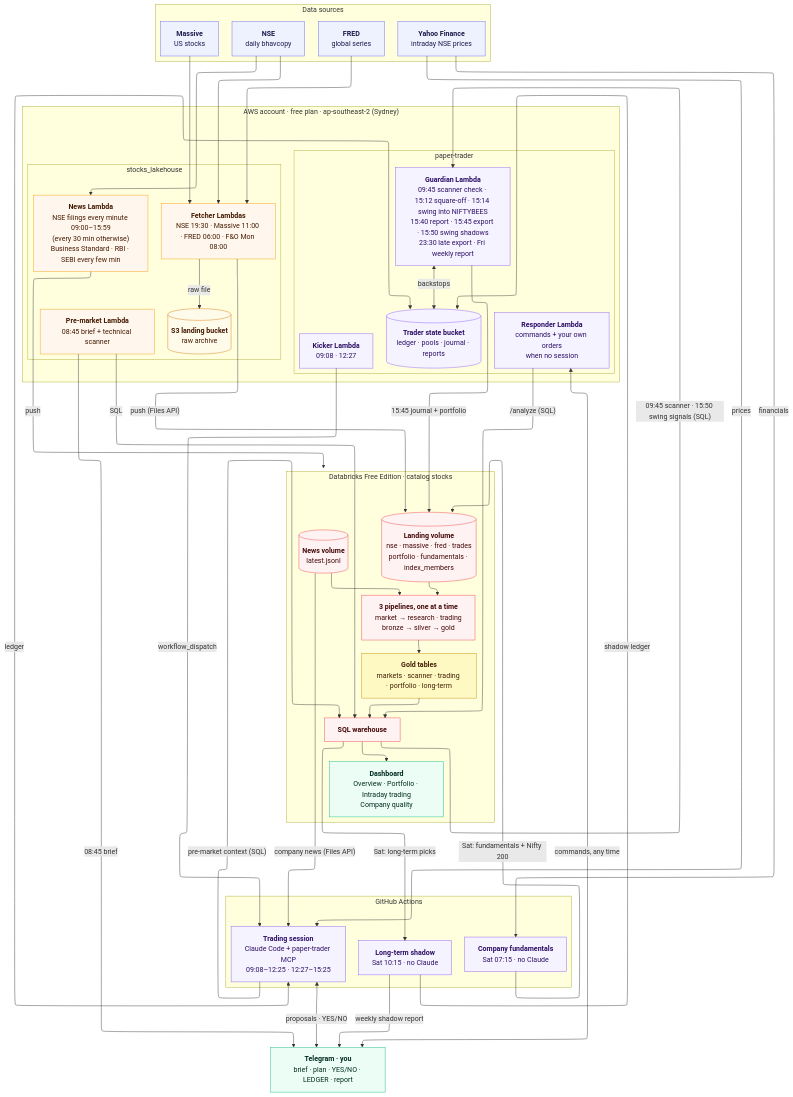
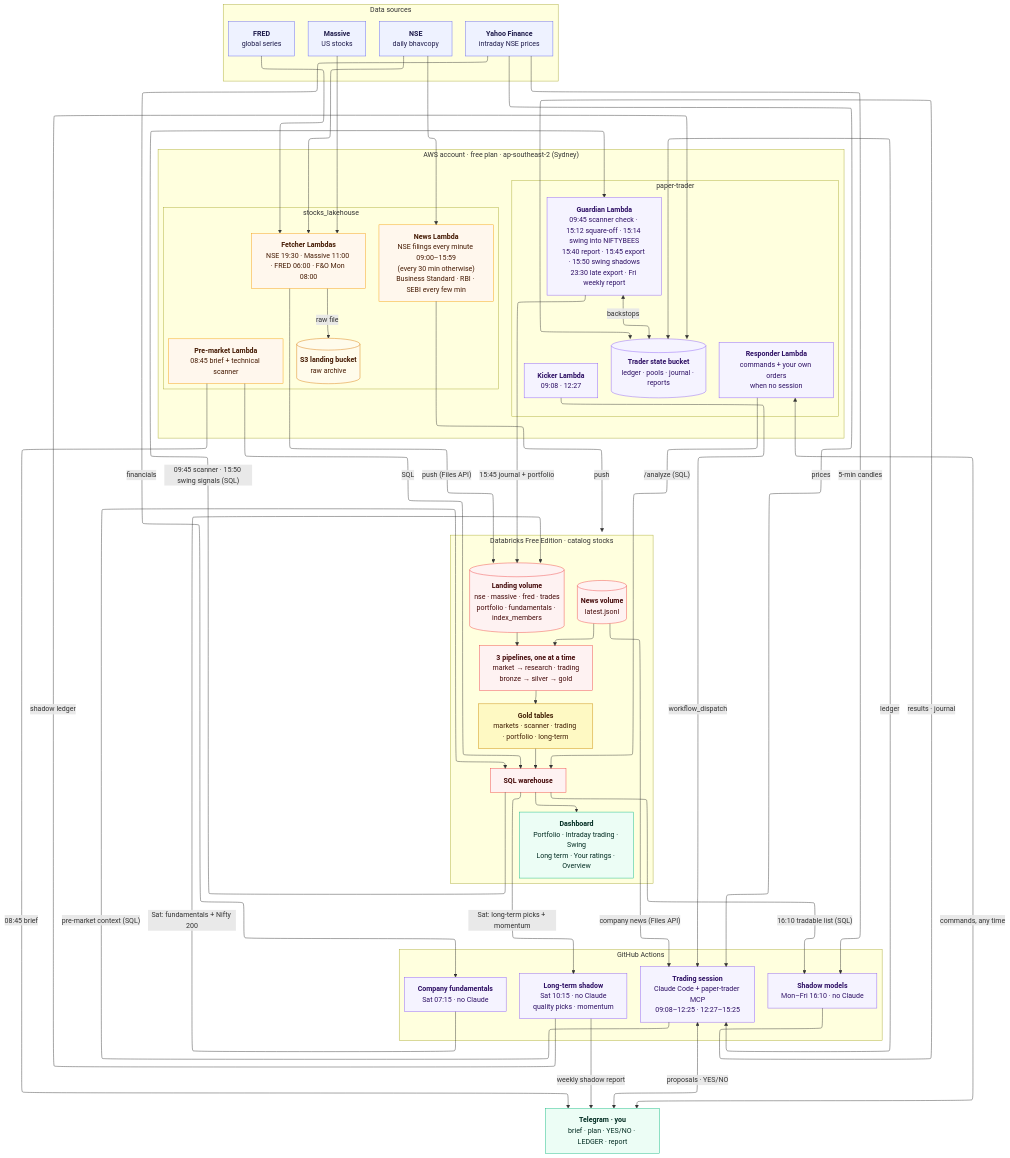
The diagram in docs/diagrams/05_platform.mmd (bumblebee26/stocks_lakehouse), drawn with Mermaid before and after one commit. The commit also changed 11 other files, not shown here.

First line of the commit message:
Docs: lineage for new tables, seven shadow pools, ledger_start, dashboard pages (#52)

```diff
--- a/docs/diagrams/05_platform.mmd
+++ b/docs/diagrams/05_platform.mmd
@@ -1,96 +1,100 @@
 ---
 config:
   layout: elk
   elk:
     mergeEdges: false
     nodePlacementStrategy: NETWORK_SIMPLEX
 ---
 %% Shared platform view: stocks_lakehouse + paper-trader.
 %% The same file lives in bumblebee26/paper-trader as docs/diagrams/01_platform.mmd; keep them identical.
 %% Secrets (SSM) and deployments (CI/CD) are left out on purpose: see 04_cicd and the security tables.
 flowchart TB
     subgraph SRC["Data sources"]
         direction LR
         NSE["<b>NSE</b><br/>daily bhavcopy"]
         MAS["<b>Massive</b><br/>US stocks"]
         FRED["<b>FRED</b><br/>global series"]
         YF["<b>Yahoo Finance</b><br/>intraday NSE prices"]
     end
 
     subgraph AWS["AWS account · free plan · ap-southeast-2 (Sydney)"]
         direction LR
         subgraph LHA["stocks_lakehouse"]
             direction TB
             FET["<b>Fetcher Lambdas</b><br/>NSE 19:30 · Massive 11:00 · FRED 06:00 · F&amp;O Mon 08:00"]
             S3L[("<b>S3 landing bucket</b><br/>raw archive")]
             PM["<b>Pre-market Lambda</b><br/>08:45 brief + technical scanner"]
             NEWS["<b>News Lambda</b><br/>NSE filings every minute 09:00–15:59<br/>(every 30 min otherwise)<br/>Business Standard · RBI · SEBI every few min"]
         end
         subgraph PTA["paper-trader"]
             direction TB
             KICK["<b>Kicker Lambda</b><br/>09:08 · 12:27"]
             GUARD["<b>Guardian Lambda</b><br/>09:45 scanner check · 15:12 square-off · 15:14 swing into NIFTYBEES<br/>15:40 report · 15:45 export · 15:50 swing shadows<br/>23:30 late export · Fri weekly report"]
             S3T[("<b>Trader state bucket</b><br/>ledger · pools · journal · reports")]
             RESP["<b>Responder Lambda</b><br/>commands + your own orders<br/>when no session"]
         end
     end
 
     subgraph GHA["GitHub Actions"]
         direction TB
         SESS["<b>Trading session</b><br/>Claude Code + paper-trader MCP<br/>09:08–12:25 · 12:27–15:25"]
         FUND["<b>Company fundamentals</b><br/>Sat 07:15 · no Claude"]
-        SHAD["<b>Long-term shadow</b><br/>Sat 10:15 · no Claude"]
+        SHAD["<b>Long-term shadow</b><br/>Sat 10:15 · no Claude<br/>quality picks · momentum"]
+        MODL["<b>Shadow models</b><br/>Mon–Fri 16:10 · no Claude"]
     end
 
     subgraph DBX["Databricks Free Edition · catalog stocks"]
         direction TB
         VOL[("<b>Landing volume</b><br/>nse · massive · fred · trades<br/>portfolio · fundamentals · index_members")]
         NVOL[("<b>News volume</b><br/>latest.jsonl")]
         PIPE["<b>3 pipelines, one at a time</b><br/>market → research · trading<br/>bronze → silver → gold"]
         GOLD["<b>Gold tables</b><br/>markets · scanner · trading · portfolio · long-term"]
         WH["<b>SQL warehouse</b>"]
-        DASH["<b>Dashboard</b><br/>Overview · Portfolio · Intraday trading<br/>Company quality"]
+        DASH["<b>Dashboard</b><br/>Portfolio · Intraday trading · Swing<br/>Long term · Your ratings · Overview"]
         VOL --> PIPE --> GOLD --> WH --> DASH
         NVOL --> PIPE
     end
 
     TG["<b>Telegram · you</b><br/>brief · plan · YES/NO · LEDGER · report"]
 
     NSE & MAS & FRED --> FET
     FET -- "raw file" --> S3L
     FET -- "push (Files API)" --> VOL
     NSE --> NEWS
     NEWS -- "push" --> NVOL
     PM -- "SQL" --> WH
     PM -- "08:45 brief" --> TG
     KICK -- "workflow_dispatch" --> SESS
     SESS -- "pre-market context (SQL)" --> WH
     YF -- "prices" --> SESS
     NVOL -- "company news (Files API)" --> SESS
     YF -- "financials" --> FUND
     FUND -- "Sat: fundamentals + Nifty 200" --> VOL
-    WH -- "Sat: long-term picks" --> SHAD
+    WH -- "Sat: long-term picks + momentum" --> SHAD
+    WH -- "16:10 tradable list (SQL)" --> MODL
+    YF -- "5-min candles" --> MODL
+    MODL -- "results · journal" --> S3T
     SHAD -- "shadow ledger" --> S3T
     SHAD -- "weekly shadow report" --> TG
     SESS <-- "ledger" --> S3T
     SESS <-- "proposals · YES/NO" --> TG
     GUARD <-- "backstops" --> S3T
     GUARD -- "15:45 journal + portfolio" --> VOL
     WH -- "09:45 scanner · 15:50 swing signals (SQL)" --> GUARD
     RESP <-- "commands, any time" --> TG
     RESP -- "/analyze (SQL)" --> WH
 
     classDef ext fill:#eef2ff,stroke:#6366f1,color:#1e1b4b
     classDef aws fill:#fff7ed,stroke:#f59e0b,color:#451a03
     classDef store fill:#fffbeb,stroke:#d97706,color:#451a03
     classDef trader fill:#f5f3ff,stroke:#8b5cf6,color:#2e1065
     classDef dbx fill:#fef2f2,stroke:#ef4444,color:#450a0a
     classDef gold fill:#fef9c3,stroke:#ca8a04,color:#422006
     classDef out fill:#ecfdf5,stroke:#10b981,color:#022c22
     class NSE,MAS,FRED,YF ext
     class FET,PM,NEWS aws
     class S3L store
-    class KICK,GUARD,S3T,SESS,RESP,FUND,SHAD trader
+    class KICK,GUARD,S3T,SESS,RESP,FUND,SHAD,MODL trader
     class VOL,NVOL,PIPE,WH dbx
     class GOLD gold
     class DASH,TG out
```
